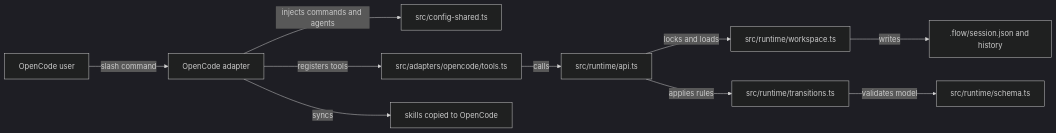
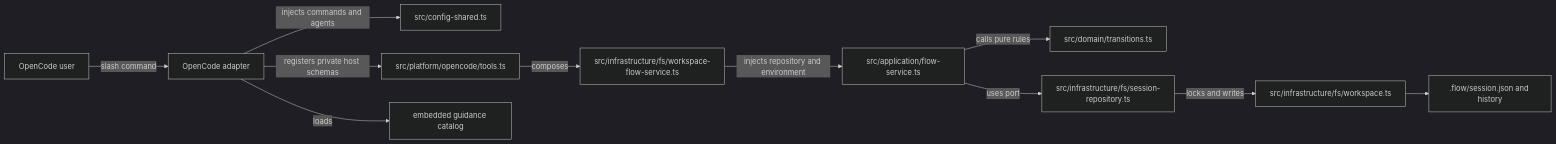
One commit to ddv1982/flow-opencode changed the first of 2 diagrams in droid-wiki/overview/architecture.md. Above: the diagram before and after it, drawn with Mermaid (dark theme). The commit also changed other lines of this file and 116 other files, not shown here.

Commit message:
Release Flow 5.0.0 TypeScript 7 hard-cutover lore

````diff
--- a/droid-wiki/overview/architecture.md
+++ b/droid-wiki/overview/architecture.md
@@ -7,12 +11,13 @@
 ```mermaid
 graph LR
     User[OpenCode user] -->|slash command| Adapter[OpenCode adapter]
     Adapter -->|injects commands and agents| Config[src/config-shared.ts]
-    Adapter -->|registers tools| Tools[src/adapters/opencode/tools.ts]
-    Tools -->|calls| API[src/runtime/api.ts]
-    API -->|locks and loads| Workspace[src/runtime/workspace.ts]
-    API -->|applies rules| Transitions[src/runtime/transitions.ts]
-    Transitions -->|validates model| Schema[src/runtime/schema.ts]
-    Workspace -->|writes| FlowDir[.flow/session.json and history]
-    Adapter -->|syncs| Skills[skills copied to OpenCode]
+    Adapter -->|registers private host schemas| Tools[src/platform/opencode/tools.ts]
+    Tools -->|composes| WorkspaceService[src/infrastructure/fs/workspace-flow-service.ts]
+    WorkspaceService -->|injects repository and environment| Application[src/application/flow-service.ts]
+    Application -->|calls pure rules| Transitions[src/domain/transitions.ts]
+    Application -->|uses port| Repository[src/infrastructure/fs/session-repository.ts]
+    Repository -->|locks and writes| Workspace[src/infrastructure/fs/workspace.ts]
+    Workspace --> FlowDir[.flow/session.json and history]
+    Adapter -->|loads| Guidance[embedded guidance catalog]
 ```
````
